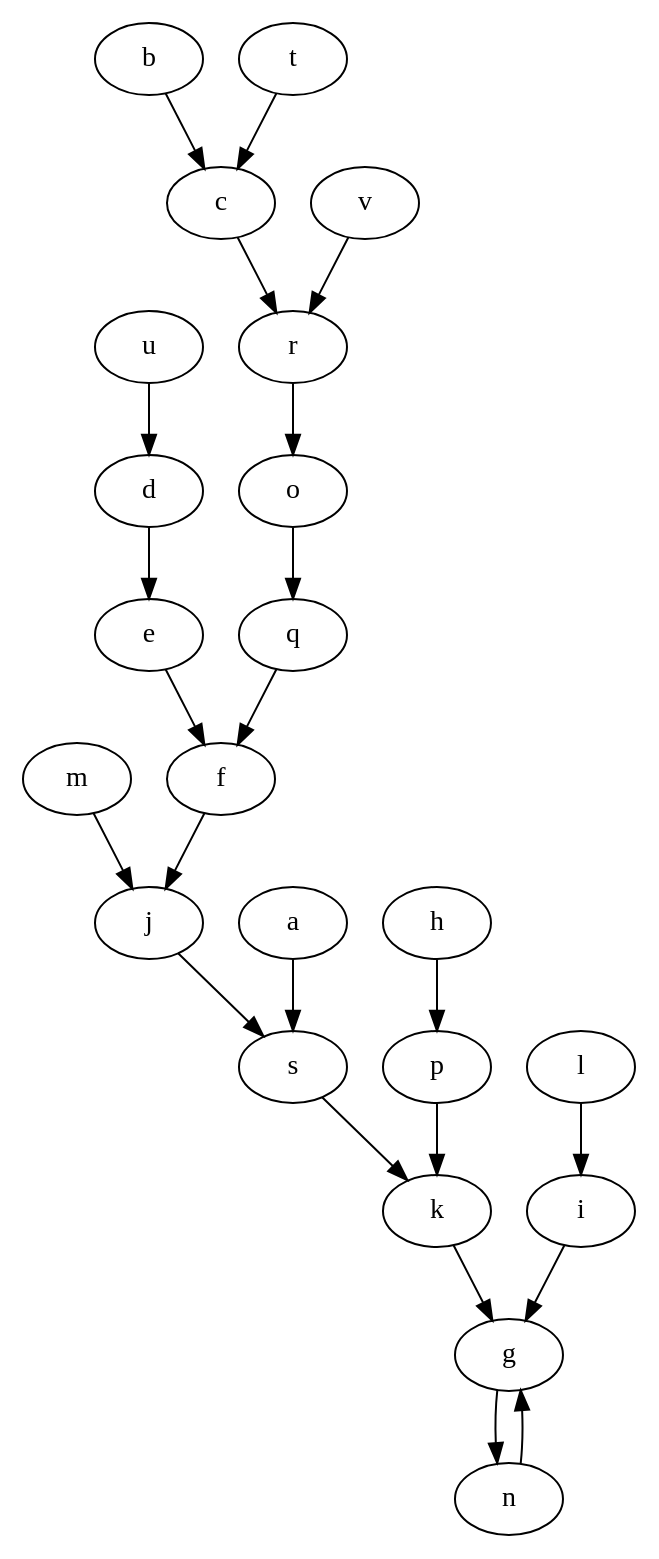
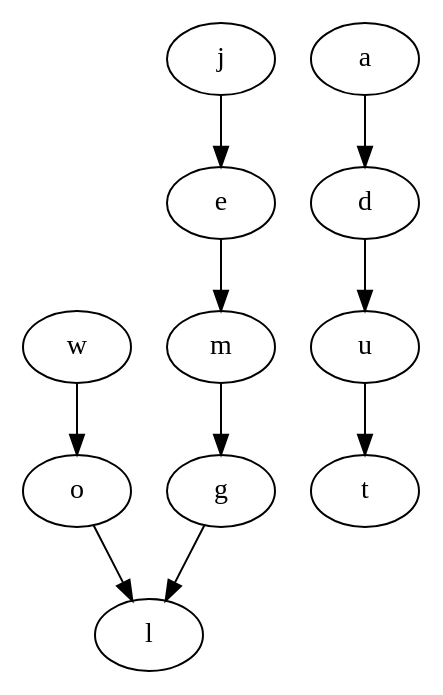
Before and after one commit to ClayDowling/llintersections: the diagram in samples/graphC.gv, drawn with Graphviz. The commit also changed 23 other files, not shown here.

```diff
--- a/samples/graphC.gv
+++ b/samples/graphC.gv
@@ -1,24 +1,11 @@
 digraph intersection {
-  m -> j
-  e -> f
-  l -> i
-  j -> s
-  r -> o
-  h -> p
-  p -> k
-  d -> e
-  b -> c
-  f -> j
-  a -> s
-  t -> c
-  u -> d
-  k -> g
-  n -> g
-  c -> r
-  v -> r
-  q -> f
-  g -> n
-  i -> g
-  o -> q
-  s -> k
+  w -> o
+  o -> l
+  a -> d
+  d -> u
+  e -> m
+  g -> l
+  j -> e
+  m -> g
+  u -> t
 }
```
